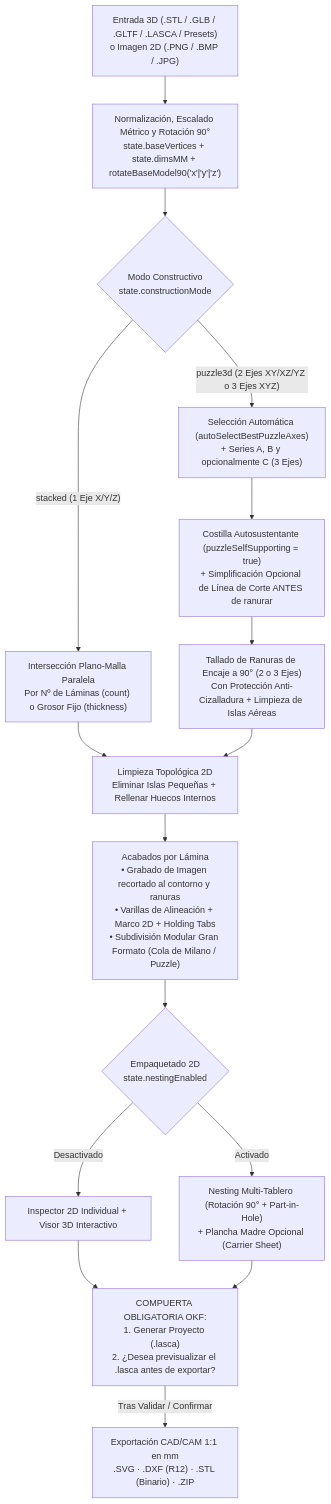
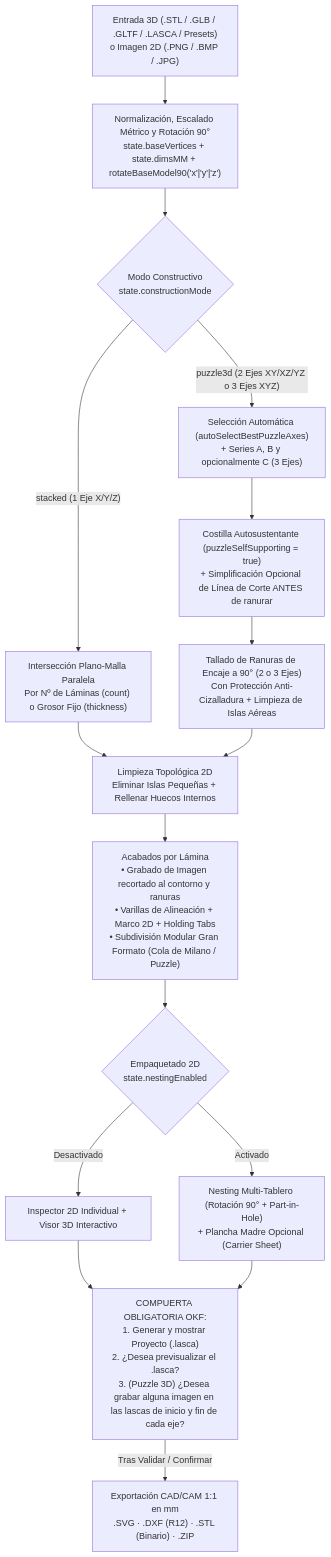
Before and after one commit to nmarafo/layerstudio3D: the diagram in okf/arquitectura_okf.md, drawn with Mermaid. The commit also changed other lines of this file and 7 other files, not shown here.

Commit message:
feat(okf): ask user after showing .lasca whether to engrave an image on start/end slices of each axis in Puzzle 3D

````diff
--- a/okf/arquitectura_okf.md
+++ b/okf/arquitectura_okf.md
@@ -23,18 +23,18 @@
 ```mermaid
 flowchart TD
     A["Entrada 3D (.STL / .GLB / .GLTF / .LASCA / Presets)<br/>o Imagen 2D (.PNG / .BMP / .JPG)"] --> B["Normalización, Escalado Métrico y Rotación 90°<br/>state.baseVertices + state.dimsMM + rotateBaseModel90('x'|'y'|'z')"]
     B --> C{"Modo Constructivo<br/>state.constructionMode"}
     C -->|"stacked (1 Eje X/Y/Z)"| D["Intersección Plano-Malla Paralela<br/>Por Nº de Láminas (count) o Grosor Fijo (thickness)"]
     C -->|"puzzle3d (2 Ejes XY/XZ/YZ o 3 Ejes XYZ)"| E["Selección Automática (autoSelectBestPuzzleAxes)<br/>+ Series A, B y opcionalmente C (3 Ejes)"]
     E --> F["Costilla Autosustentante (puzzleSelfSupporting = true)<br/>+ Simplificación Opcional de Línea de Corte ANTES de ranurar"]
     F --> G["Tallado de Ranuras de Encaje a 90° (2 o 3 Ejes)<br/>Con Protección Anti-Cizalladura + Limpieza de Islas Aéreas"]
     D --> H["Limpieza Topológica 2D<br/>Eliminar Islas Pequeñas + Rellenar Huecos Internos"]
     G --> H
     H --> I["Acabados por Lámina<br/>• Grabado de Imagen recortado al contorno y ranuras<br/>• Varillas de Alineación + Marco 2D + Holding Tabs<br/>• Subdivisión Modular Gran Formato (Cola de Milano / Puzzle)"]
     I --> J{"Empaquetado 2D<br/>state.nestingEnabled"}
     J -->|"Desactivado"| K["Inspector 2D Individual + Visor 3D Interactivo"]
     J -->|"Activado"| L["Nesting Multi-Tablero (Rotación 90° + Part-in-Hole)<br/>+ Plancha Madre Opcional (Carrier Sheet)"]
-    K --> P["COMPUERTA OBLIGATORIA OKF:<br/>1. Generar Proyecto (.lasca)<br/>2. ¿Desea previsualizar el .lasca antes de exportar?"]
+    K --> P["COMPUERTA OBLIGATORIA OKF:<br/>1. Generar y mostrar Proyecto (.lasca)<br/>2. ¿Desea previsualizar el .lasca?<br/>3. (Puzzle 3D) ¿Desea grabar alguna imagen en las lascas de inicio y fin de cada eje?"]
     L --> P
     P -->|"Tras Validar / Confirmar"| M["Exportación CAD/CAM 1:1 en mm<br/>.SVG · .DXF (R12) · .STL (Binario) · .ZIP"]
 ```
````
